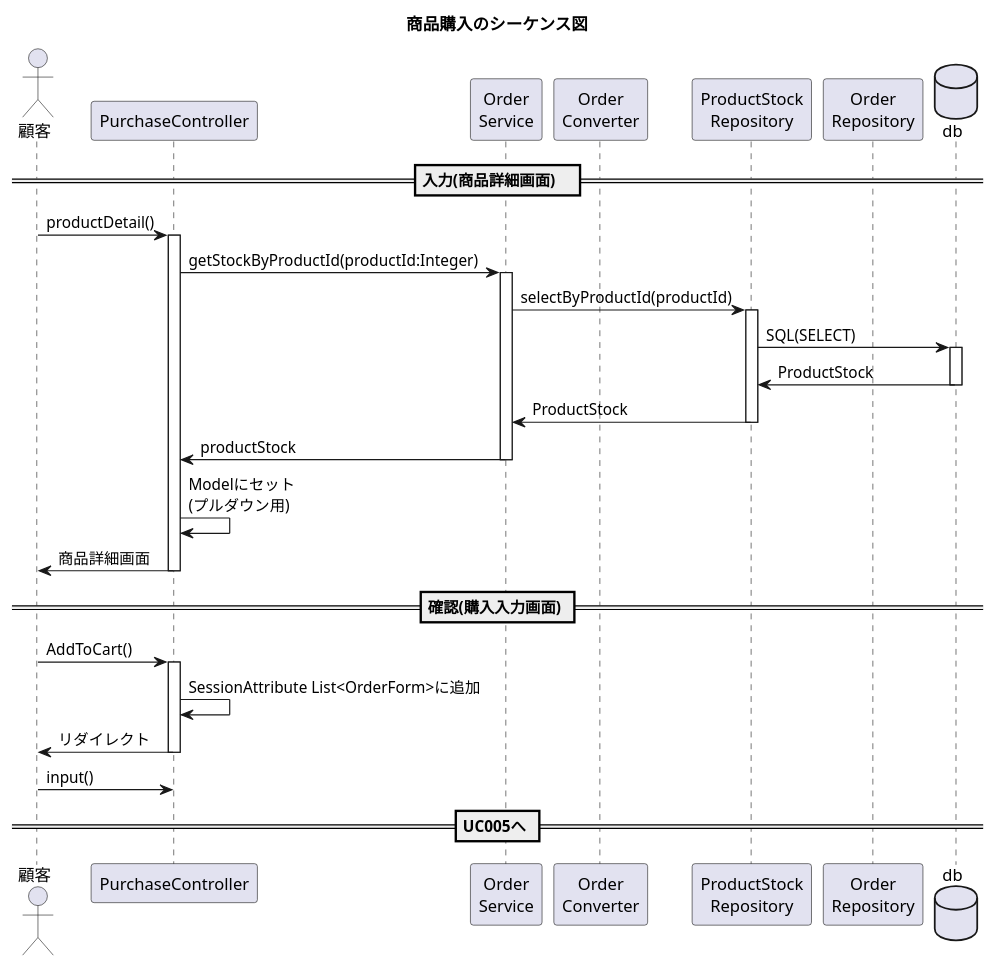
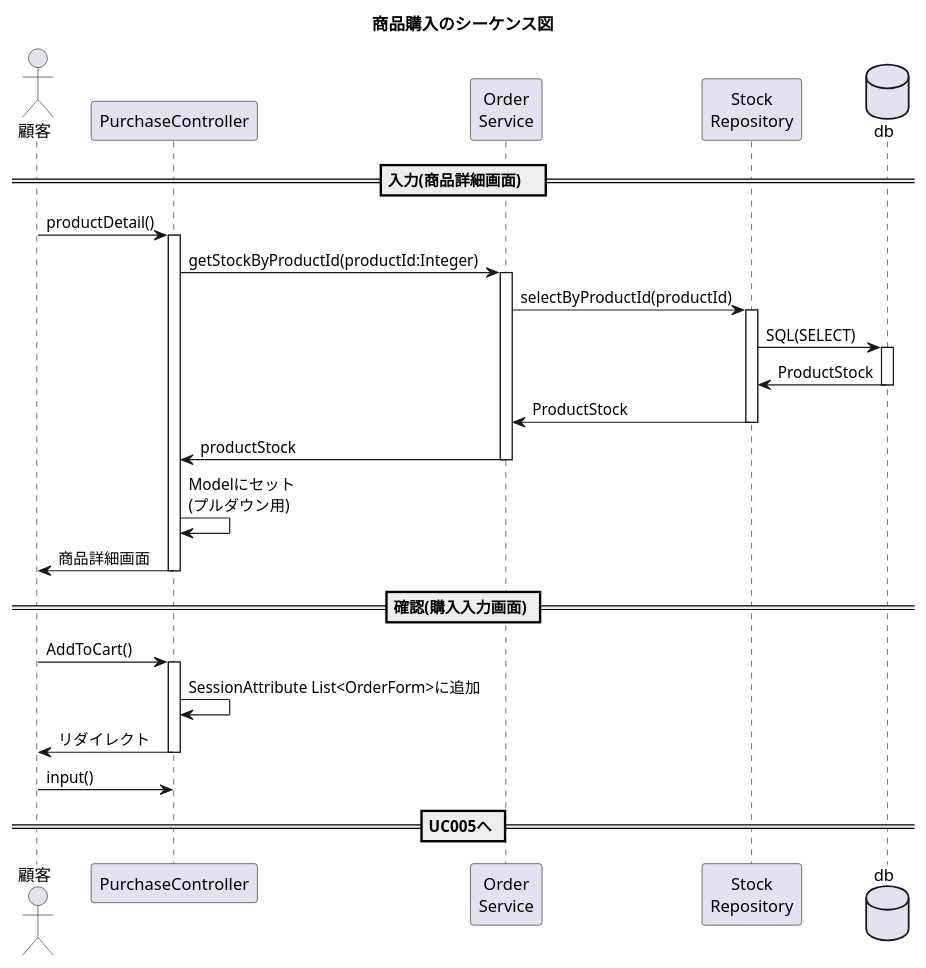
The diagram in plan/uml/sequence/2/uc004.plantuml (kanavii3333/ec-b), drawn with PlantUML before and after one commit. The commit also changed 6 other files, not shown here.

Commit message:
クラス図シーケンス図UC001～005まで確認修正

```diff
--- a/plan/uml/sequence/2/uc004.plantuml
+++ b/plan/uml/sequence/2/uc004.plantuml
@@ -1,31 +1,29 @@
 @startuml
 
 title 商品購入のシーケンス図
 actor "顧客" as user
 participant "PurchaseController" as controller
 participant "Order\nService" as service
-participant "Order\nConverter" as helper
-participant "ProductStock\nRepository" as repository1
-participant "Order\nRepository" as repository2
+participant "Stock\nRepository" as repository1
 database "db" as db
 
 == 入力(商品詳細画面)　==
 user -> controller++:productDetail()
 controller -> service++:getStockByProductId(productId:Integer)
 service -> repository1++:selectByProductId(productId)
 repository1 -> db++:SQL(SELECT)
 db -> repository1--:ProductStock
 repository1 -> service--:ProductStock
 service -> controller--:productStock
 controller -> controller:Modelにセット\n(プルダウン用)
 controller -> user--:商品詳細画面
 
 == 確認(購入入力画面) ==
 user -> controller++:AddToCart()
 controller -> controller:SessionAttribute List<OrderForm>に追加
 user <- controller--:リダイレクト
 user -> controller:input()
 
 == UC005へ ==
 
 @enduml
```
